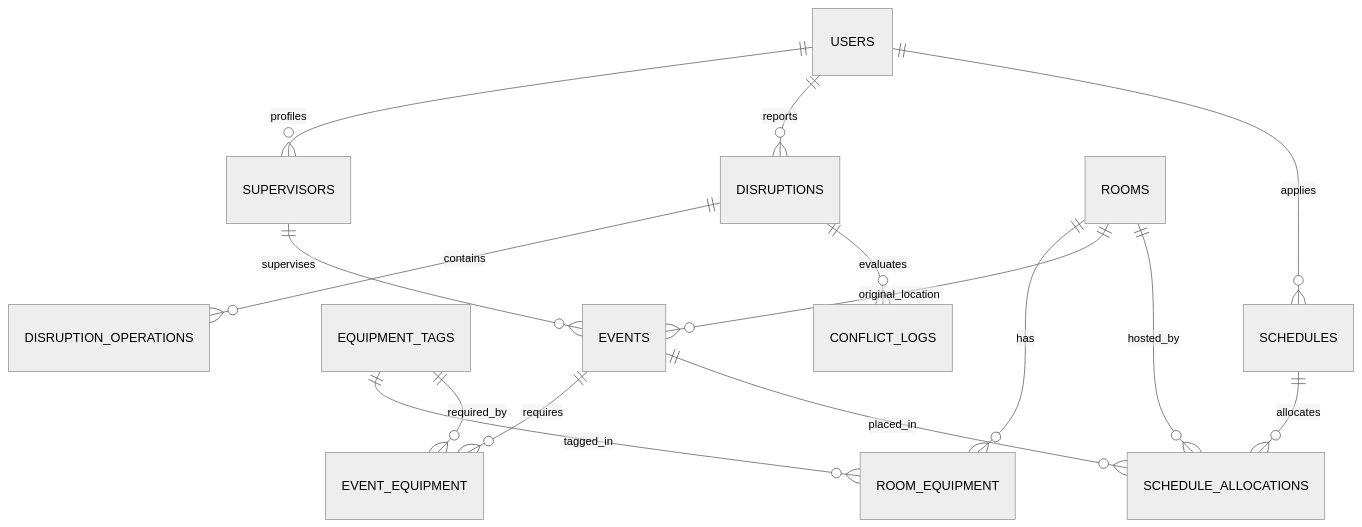
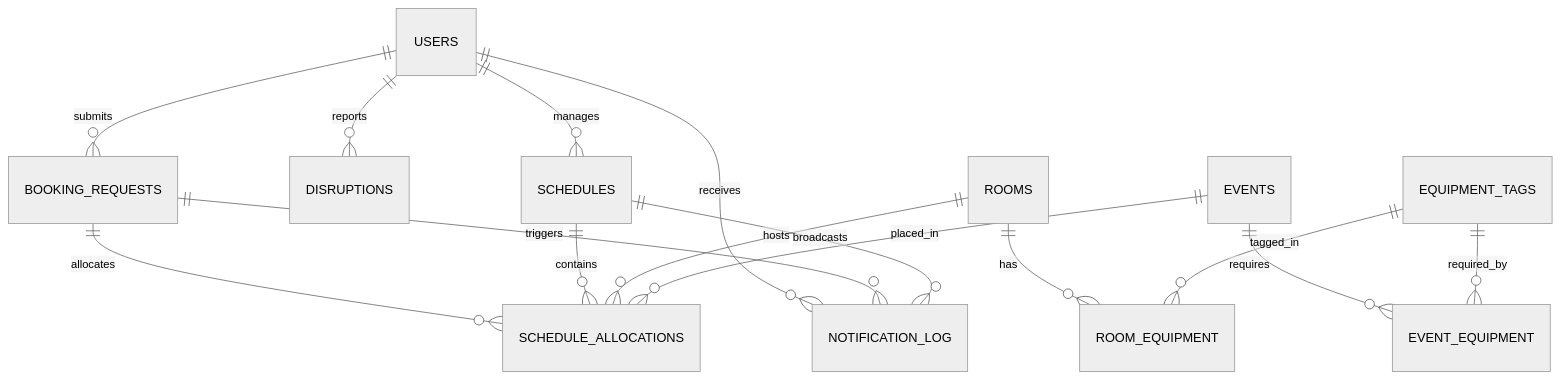
The diagram in docs/SCHEMA_DB.md (89Aman/hacktoberfest), drawn with Mermaid (neutral theme) before and after one commit. The commit also changed other lines of this file and 27 other files, not shown here.

````diff
--- a/docs/SCHEMA_DB.md
+++ b/docs/SCHEMA_DB.md
@@ -10,22 +10,22 @@
 ```mermaid
 erDiagram
-    USERS ||--o{ SUPERVISORS : "profiles"
+    USERS ||--o{ BOOKING_REQUESTS : "submits"
     USERS ||--o{ DISRUPTIONS : "reports"
-    USERS ||--o{ SCHEDULES : "applies"
+    USERS ||--o{ SCHEDULES : "manages"
+    USERS ||--o{ NOTIFICATION_LOG : "receives"
     
     ROOMS ||--o{ ROOM_EQUIPMENT : "has"
     EQUIPMENT_TAGS ||--o{ ROOM_EQUIPMENT : "tagged_in"
     
     EVENTS ||--o{ EVENT_EQUIPMENT : "requires"
     EQUIPMENT_TAGS ||--o{ EVENT_EQUIPMENT : "required_by"
     
-    SUPERVISORS ||--o{ EVENTS : "supervises"
-    ROOMS ||--o{ EVENTS : "original_location"
+    BOOKING_REQUESTS ||--o{ SCHEDULE_ALLOCATIONS : "allocates"
+    BOOKING_REQUESTS ||--o{ NOTIFICATION_LOG : "triggers"
     
-    DISRUPTIONS ||--o{ DISRUPTION_OPERATIONS : "contains"
-    DISRUPTIONS ||--o{ CONFLICT_LOGS : "evaluates"
+    SCHEDULES ||--o{ SCHEDULE_ALLOCATIONS : "contains"
+    SCHEDULES ||--o{ NOTIFICATION_LOG : "broadcasts"
     
-    SCHEDULES ||--o{ SCHEDULE_ALLOCATIONS : "allocates"
+    ROOMS ||--o{ SCHEDULE_ALLOCATIONS : "hosts"
     EVENTS ||--o{ SCHEDULE_ALLOCATIONS : "placed_in"
-    ROOMS ||--o{ SCHEDULE_ALLOCATIONS : "hosted_by"
 ```
````
